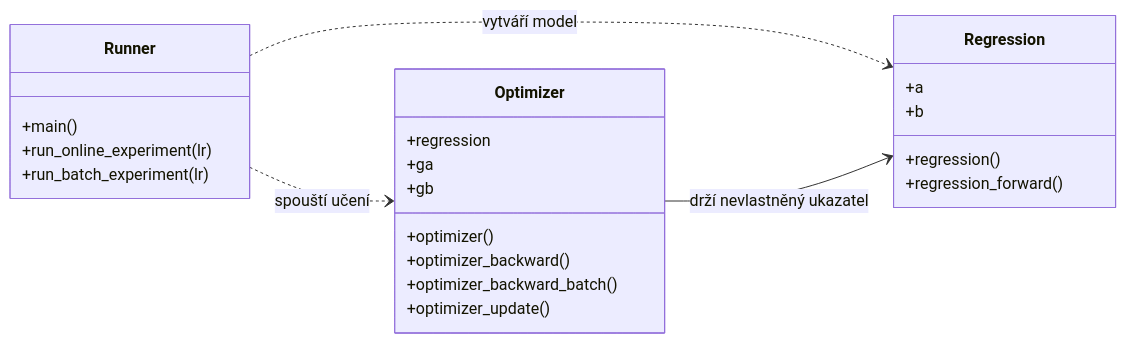
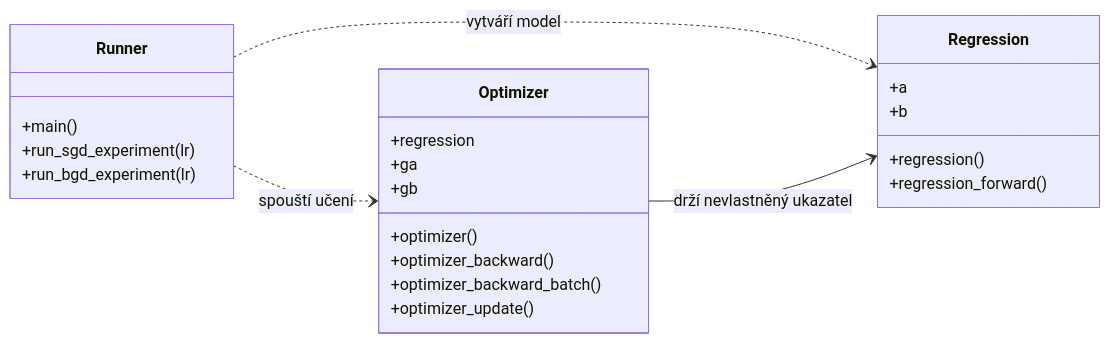
The first of 3 diagrams in 001-LinearRegression/spec/specifikace-linearni-regrese.md (sooneoo/machine-learning), drawn with Mermaid before and after one commit. The commit also changed other lines of this file and 5 other files, not shown here.

Commit message:
regression: name training methods SGD and BGD

````diff
--- a/001-LinearRegression/spec/specifikace-linearni-regrese.md
+++ b/001-LinearRegression/spec/specifikace-linearni-regrese.md
@@ -222,27 +222,27 @@
 ```mermaid
 classDiagram
     direction LR
     class Runner {
         +main()
-        +run_online_experiment(lr)
-        +run_batch_experiment(lr)
+        +run_sgd_experiment(lr)
+        +run_bgd_experiment(lr)
     }
     class Optimizer {
         +regression
         +ga
         +gb
         +optimizer()
         +optimizer_backward()
         +optimizer_backward_batch()
         +optimizer_update()
     }
     class Regression {
         +a
         +b
         +regression()
         +regression_forward()
     }
     Runner ..> Regression : vytváří model
     Runner ..> Optimizer : spouští učení
     Optimizer --> Regression : drží nevlastněný ukazatel
 ```
````
